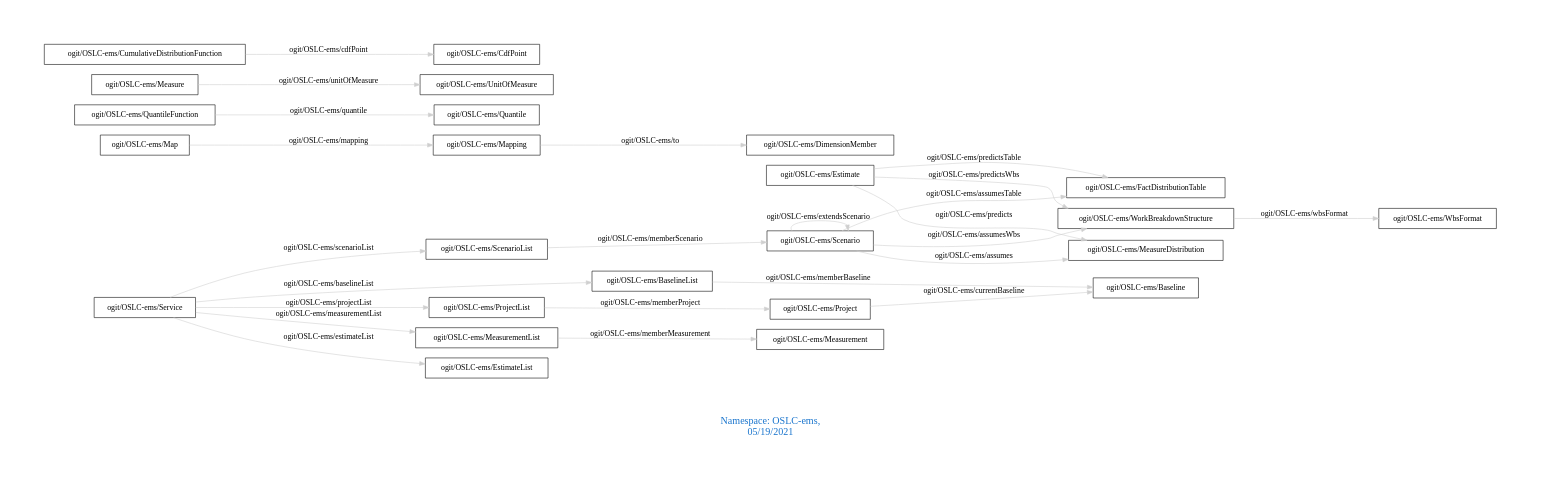
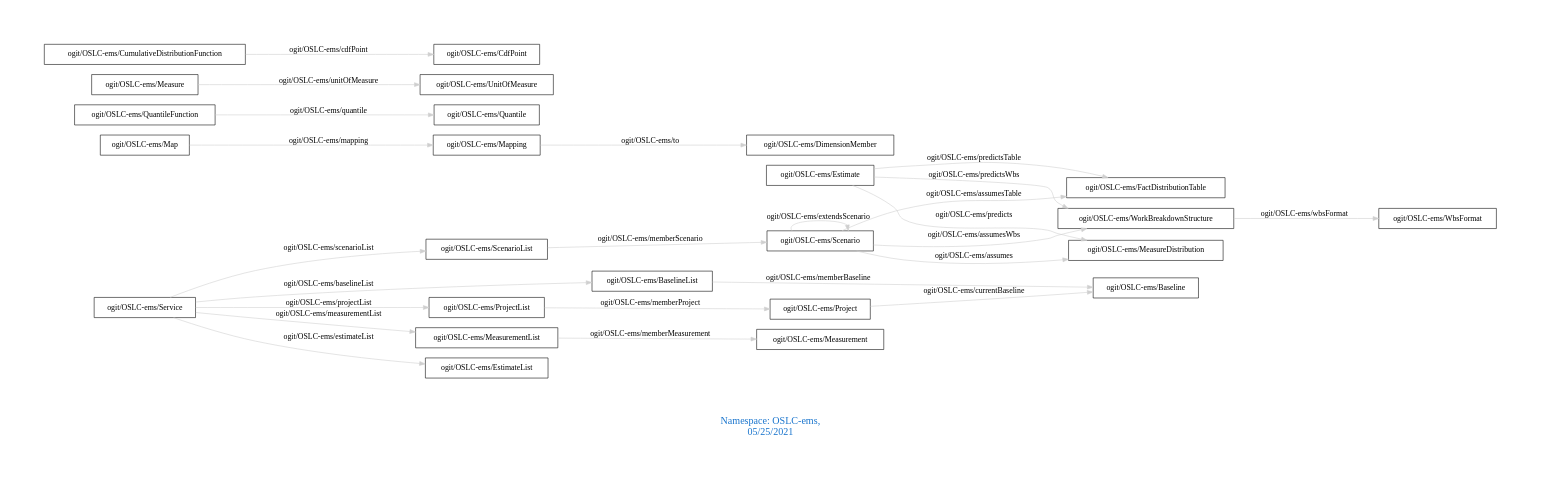
One commit to arago/OGIT changed the diagram in downloads/OSLC-ems.dot. Above: the diagram before and after it, drawn with Graphviz. The commit also changed 1877 other files, not shown here.

```diff
--- a/downloads/OSLC-ems.dot
+++ b/downloads/OSLC-ems.dot
@@ -1,31 +1,31 @@
 digraph OGIT_ontology {
  graph [ rankdir= LR,pad=1 
 fontsize = 18,
-fontcolor= dodgerblue3,label = "\n\n\nNamespace: OSLC-ems, \n 05/19/2021"];
+fontcolor= dodgerblue3,label = "\n\n\nNamespace: OSLC-ems, \n 05/25/2021"];
 node[shape=polygon];
 edge [  color="gray81"];
 
    "ogit/OSLC-ems/Estimate" -> "ogit/OSLC-ems/MeasureDistribution" [label="   ogit/OSLC-ems/predicts    "];
    "ogit/OSLC-ems/Mapping" -> "ogit/OSLC-ems/DimensionMember" [label="   ogit/OSLC-ems/to    "];
    "ogit/OSLC-ems/Service" -> "ogit/OSLC-ems/ProjectList" [label="   ogit/OSLC-ems/projectList    "];
    "ogit/OSLC-ems/QuantileFunction" -> "ogit/OSLC-ems/Quantile" [label="   ogit/OSLC-ems/quantile    "];
    "ogit/OSLC-ems/Service" -> "ogit/OSLC-ems/ScenarioList" [label="   ogit/OSLC-ems/scenarioList    "];
    "ogit/OSLC-ems/Measure" -> "ogit/OSLC-ems/UnitOfMeasure" [label="   ogit/OSLC-ems/unitOfMeasure    "];
    "ogit/OSLC-ems/ScenarioList" -> "ogit/OSLC-ems/Scenario" [label="   ogit/OSLC-ems/memberScenario    "];
    "ogit/OSLC-ems/Estimate" -> "ogit/OSLC-ems/FactDistributionTable" [label="   ogit/OSLC-ems/predictsTable    "];
    "ogit/OSLC-ems/BaselineList" -> "ogit/OSLC-ems/Baseline" [label="   ogit/OSLC-ems/memberBaseline    "];
    "ogit/OSLC-ems/Scenario" -> "ogit/OSLC-ems/WorkBreakdownStructure" [label="   ogit/OSLC-ems/assumesWbs    "];
    "ogit/OSLC-ems/CumulativeDistributionFunction" -> "ogit/OSLC-ems/CdfPoint" [label="   ogit/OSLC-ems/cdfPoint    "];
    "ogit/OSLC-ems/Project" -> "ogit/OSLC-ems/Baseline" [label="   ogit/OSLC-ems/currentBaseline    "];
    "ogit/OSLC-ems/ProjectList" -> "ogit/OSLC-ems/Project" [label="   ogit/OSLC-ems/memberProject    "];
    "ogit/OSLC-ems/Service" -> "ogit/OSLC-ems/BaselineList" [label="   ogit/OSLC-ems/baselineList    "];
    "ogit/OSLC-ems/Estimate" -> "ogit/OSLC-ems/WorkBreakdownStructure" [label="   ogit/OSLC-ems/predictsWbs    "];
    "ogit/OSLC-ems/Map" -> "ogit/OSLC-ems/Mapping" [label="   ogit/OSLC-ems/mapping    "];
    "ogit/OSLC-ems/MeasurementList" -> "ogit/OSLC-ems/Measurement" [label="   ogit/OSLC-ems/memberMeasurement    "];
    "ogit/OSLC-ems/Service" -> "ogit/OSLC-ems/MeasurementList" [label="   ogit/OSLC-ems/measurementList    "];
    "ogit/OSLC-ems/WorkBreakdownStructure" -> "ogit/OSLC-ems/WbsFormat" [label="   ogit/OSLC-ems/wbsFormat    "];
    "ogit/OSLC-ems/Service" -> "ogit/OSLC-ems/EstimateList" [label="   ogit/OSLC-ems/estimateList    "];
    "ogit/OSLC-ems/Scenario" -> "ogit/OSLC-ems/MeasureDistribution" [label="   ogit/OSLC-ems/assumes    "];
    "ogit/OSLC-ems/Scenario" -> "ogit/OSLC-ems/FactDistributionTable" [label="   ogit/OSLC-ems/assumesTable    "];
    "ogit/OSLC-ems/Scenario" -> "ogit/OSLC-ems/Scenario" [label="   ogit/OSLC-ems/extendsScenario    "];
 }
```
